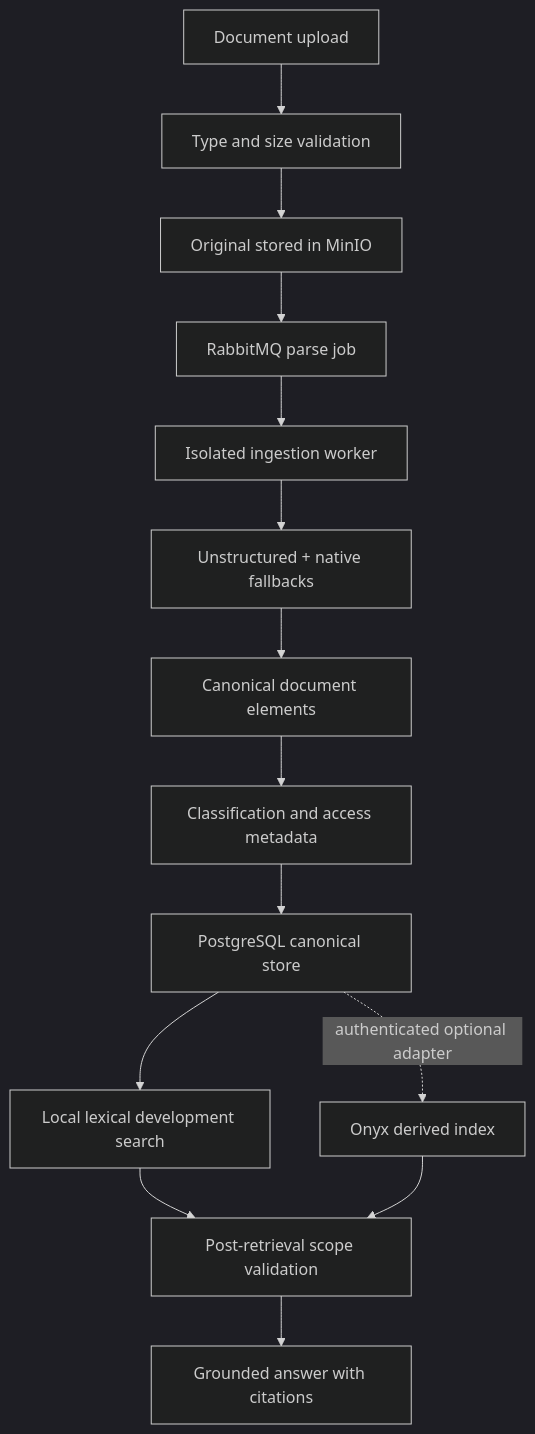
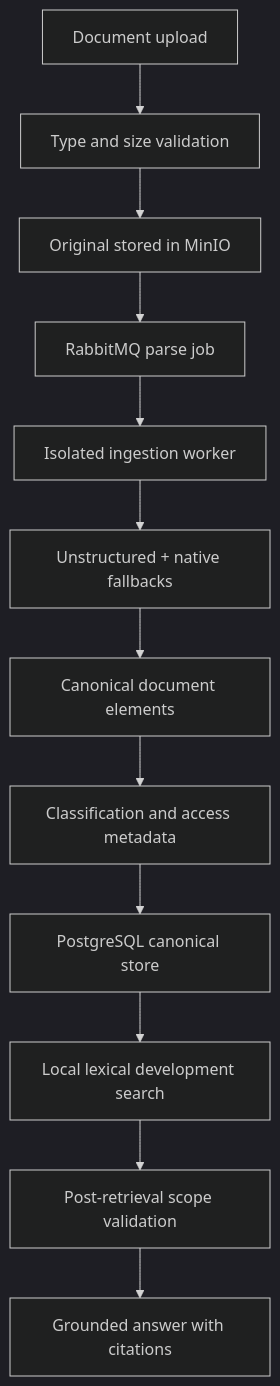
Before and after one commit to ahmedalbanna7/tactiqo-ai-operations-platform: the third of 3 diagrams in README.md, drawn with Mermaid (dark theme). The commit also changed other lines of this file and 256 other files, not shown here.

````diff
--- a/README.md
+++ b/README.md
@@ -137,16 +138,14 @@
 ```mermaid
 flowchart TD
     Upload["Document upload"] --> Validate["Type and size validation"]
     Validate --> Object["Original stored in MinIO"]
     Object --> Queue["RabbitMQ parse job"]
     Queue --> Worker["Isolated ingestion worker"]
     Worker --> Parser["Unstructured + native fallbacks"]
     Parser --> Normalize["Canonical document elements"]
     Normalize --> ACL["Classification and access metadata"]
     ACL --> Database["PostgreSQL canonical store"]
     Database --> Local["Local lexical development search"]
-    Database -. "authenticated optional adapter" .-> Onyx["Onyx derived index"]
     Local --> Revalidate["Post-retrieval scope validation"]
-    Onyx --> Revalidate
     Revalidate --> Answer["Grounded answer with citations"]
 ```
````
